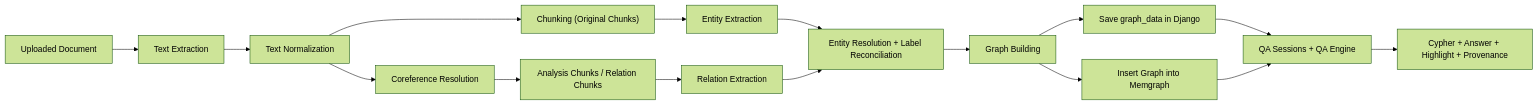
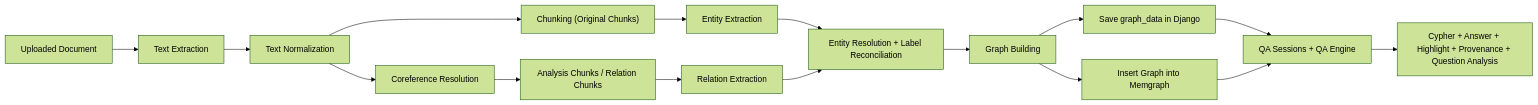
The diagram in project_context.md (helios51193/knowledge-graph-qa), drawn with Mermaid (forest theme) before and after one commit. The commit also changed other lines of this file and 25 other files, not shown here.

````diff
--- a/project_context.md
+++ b/project_context.md
@@ -403,18 +407,18 @@
 ```mermaid
 flowchart LR
     A["Uploaded Document"] --> B["Text Extraction"]
     B --> C["Text Normalization"]
     C --> D["Chunking (Original Chunks)"]
     C --> E["Coreference Resolution"]
     E --> F["Analysis Chunks / Relation Chunks"]
     D --> G["Entity Extraction"]
     F --> H["Relation Extraction"]
     G --> I["Entity Resolution + Label Reconciliation"]
     H --> I
     I --> J["Graph Building"]
     J --> K["Save graph_data in Django"]
     J --> L["Insert Graph into Memgraph"]
     K --> M["QA Sessions + QA Engine"]
     L --> M
-    M --> N["Cypher + Answer + Highlight + Provenance"]
+    M --> N["Cypher + Answer + Highlight + Provenance + Question Analysis"]
 ```
````
